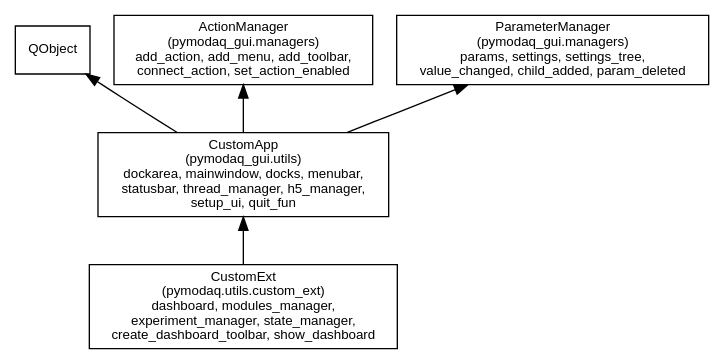
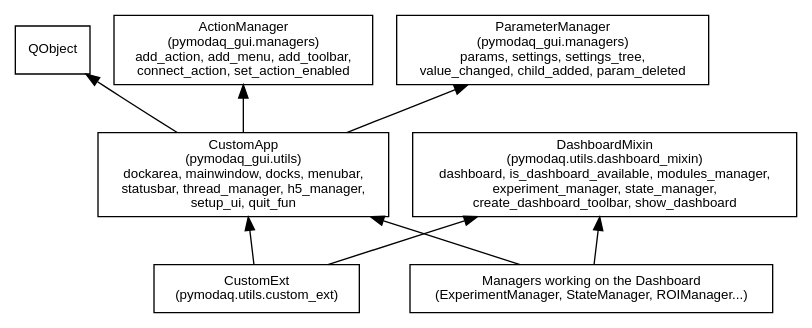
Before and after one commit to PyMoDAQ/PyMoDAQ: the second of 7 diagrams in docs/src/developer_folder/custom_app.rst, drawn with Graphviz. The commit also changed other lines of this file and 2 other files, not shown here.

First line of the commit message:
Document the DashboardMixin and the classes using it

```diff
--- a/docs/src/developer_folder/custom_app.rst
+++ b/docs/src/developer_folder/custom_app.rst
@@ -177,13 +177,16 @@
 .. graphviz::
    :caption: Class structure of CustomApp and CustomExt
 
    digraph classes {
      rankdir=BT; node [shape=box, fontname="Helvetica", fontsize=10];
      QObject;
      ActionManager [label="ActionManager\n(pymodaq_gui.managers)\nadd_action, add_menu, add_toolbar,\nconnect_action, set_action_enabled"];
      ParameterManager [label="ParameterManager\n(pymodaq_gui.managers)\nparams, settings, settings_tree,\nvalue_changed, child_added, param_deleted"];
      CustomApp [label="CustomApp\n(pymodaq_gui.utils)\ndockarea, mainwindow, docks, menubar,\nstatusbar, thread_manager, h5_manager,\nsetup_ui, quit_fun"];
-     CustomExt [label="CustomExt\n(pymodaq.utils.custom_ext)\ndashboard, modules_manager,\nexperiment_manager, state_manager,\ncreate_dashboard_toolbar, show_dashboard"];
+     DashboardMixin [label="DashboardMixin\n(pymodaq.utils.dashboard_mixin)\ndashboard, is_dashboard_available, modules_manager,\nexperiment_manager, state_manager,\ncreate_dashboard_toolbar, show_dashboard"];
+     CustomExt [label="CustomExt\n(pymodaq.utils.custom_ext)"];
+     Managers [label="Managers working on the Dashboard\n(ExperimentManager, StateManager, ROIManager...)"];
      CustomApp -> QObject; CustomApp -> ActionManager; CustomApp -> ParameterManager;
-     CustomExt -> CustomApp;
+     CustomExt -> CustomApp; CustomExt -> DashboardMixin;
+     Managers -> CustomApp; Managers -> DashboardMixin;
    }
```
